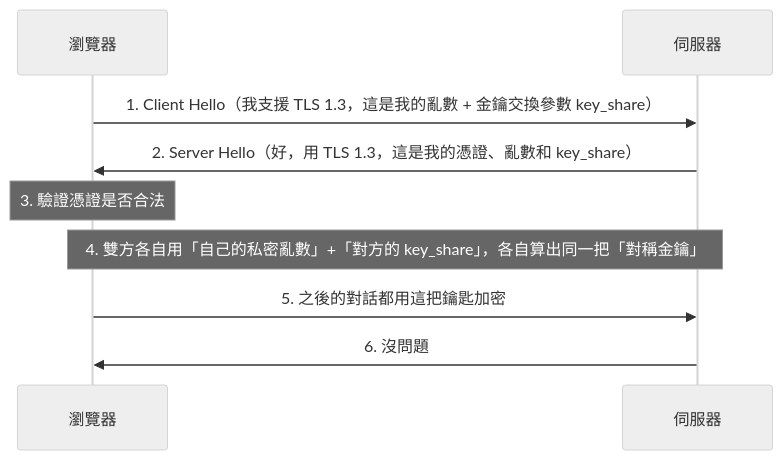
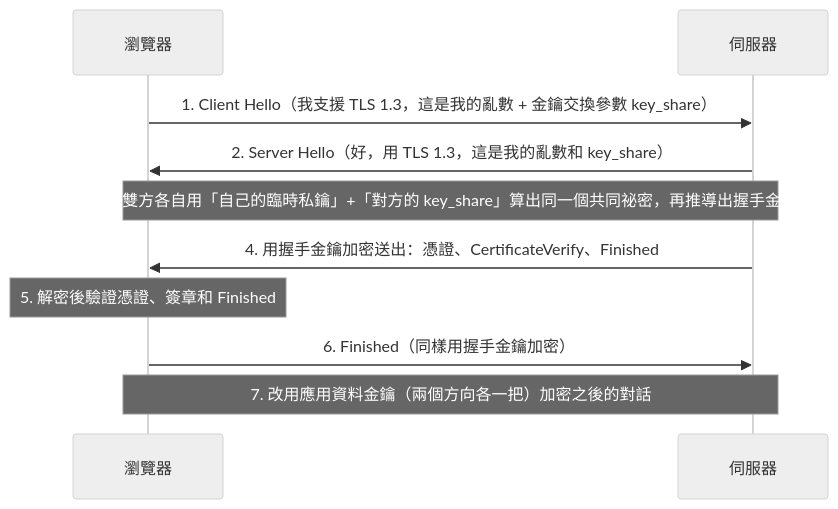
Before and after one commit to happyloa/personal-blog: the diagram in src/content/posts/https-tls-explained.md, drawn with Mermaid (neutral theme). The commit also changed other lines of this file and 25 other files, not shown here.

````diff
--- a/src/content/posts/https-tls-explained.md
+++ b/src/content/posts/https-tls-explained.md
@@ -42,12 +43,13 @@
 ```mermaid
 sequenceDiagram
     participant Client as 瀏覽器
     participant Server as 伺服器
 
     Client->>Server: 1. Client Hello（我支援 TLS 1.3，這是我的亂數 + 金鑰交換參數 key_share）
-    Server->>Client: 2. Server Hello（好，用 TLS 1.3，這是我的憑證、亂數和 key_share）
-    Note over Client: 3. 驗證憑證是否合法
-    Note over Client, Server: 4. 雙方各自用「自己的私密亂數」+「對方的 key_share」，各自算出同一把「對稱金鑰」
-    Client->>Server: 5. 之後的對話都用這把鑰匙加密
-    Server->>Client: 6. 沒問題
+    Server->>Client: 2. Server Hello（好，用 TLS 1.3，這是我的亂數和 key_share）
+    Note over Client, Server: 3. 雙方各自用「自己的臨時私鑰」+「對方的 key_share」算出同一個共同祕密，再推導出握手金鑰
+    Server->>Client: 4. 用握手金鑰加密送出：憑證、CertificateVerify、Finished
+    Note over Client: 5. 解密後驗證憑證、簽章和 Finished
+    Client->>Server: 6. Finished（同樣用握手金鑰加密）
+    Note over Client, Server: 7. 改用應用資料金鑰（兩個方向各一把）加密之後的對話
 ```
````
